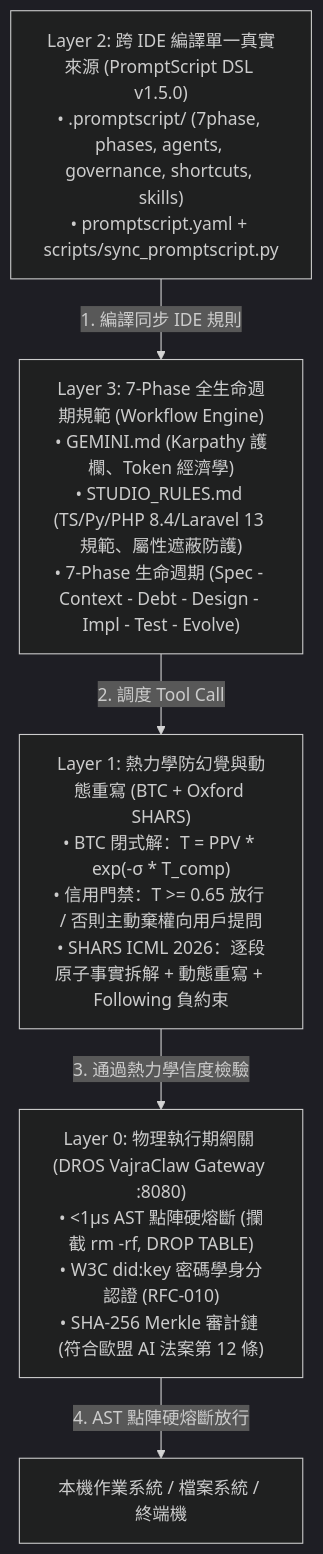
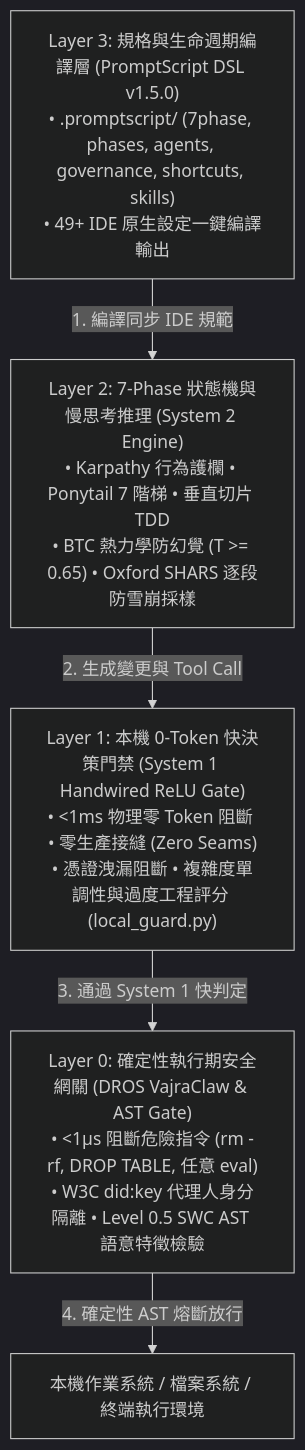
One commit to PingpowerTW/7-Phase-Agentic-Workflow changed the first of 4 diagrams in README.md. Above: the diagram before and after it, drawn with Mermaid (dark theme). The commit also changed other lines of this file and 5 other files, not shown here.

First line of the commit message:
docs(v3.3): overhaul README, PromptScript DSL & governance guidelines

````diff
--- a/README.md
+++ b/README.md
@@ -35,13 +74,13 @@
 ```mermaid
 flowchart TD
-    L2["Layer 2: 跨 IDE 編譯單一真實來源 (PromptScript DSL v1.5.0)<br/>• .promptscript/ (7phase, phases, agents, governance, shortcuts, skills)<br/>• promptscript.yaml + scripts/sync_promptscript.py"]
-    L3["Layer 3: 7-Phase 全生命週期規範 (Workflow Engine)<br/>• GEMINI.md (Karpathy 護欄、Token 經濟學)<br/>• STUDIO_RULES.md (TS/Py/PHP 8.4/Laravel 13 規範、屬性遮蔽防護)<br/>• 7-Phase 生命週期 (Spec - Context - Debt - Design - Impl - Test - Evolve)"]
-    L1["Layer 1: 熱力學防幻覺與動態重寫 (BTC + Oxford SHARS)<br/>• BTC 閉式解：T = PPV * exp(-σ * T_comp)<br/>• 信用門禁：T &gt;= 0.65 放行 / 否則主動棄權向用戶提問<br/>• SHARS ICML 2026：逐段原子事實拆解 + 動態重寫 + Following 負約束"]
-    L0["Layer 0: 物理執行期網關 (DROS VajraClaw Gateway :8080)<br/>• &lt;1μs AST 點陣硬熔斷 (攔截 rm -rf, DROP TABLE)<br/>• W3C did:key 密碼學身分認證 (RFC-010)<br/>• SHA-256 Merkle 審計鏈 (符合歐盟 AI 法案第 12 條)"]
-    OS["本機作業系統 / 檔案系統 / 終端機"]
+    S3["Layer 3: 規格與生命週期編譯層 (PromptScript DSL v1.5.0)<br/>• .promptscript/ (7phase, phases, agents, governance, shortcuts, skills)<br/>• 49+ IDE 原生設定一鍵編譯輸出"]
+    S2["Layer 2: 7-Phase 狀態機與慢思考推理 (System 2 Engine)<br/>• Karpathy 行為護欄 • Ponytail 7 階梯 • 垂直切片 TDD<br/>• BTC 熱力學防幻覺 (T >= 0.65) • Oxford SHARS 逐段防雪崩採樣"]
+    S1["Layer 1: 本機 0-Token 快決策門禁 (System 1 Handwired ReLU Gate)<br/>• &lt;1ms 物理零 Token 阻斷 • 零生產接縫 (Zero Seams)<br/>• 憑證洩漏阻斷 • 複雜度單調性與過度工程評分 (local_guard.py)"]
+    S0["Layer 0: 確定性執行期安全網關 (DROS VajraClaw & AST Gate)<br/>• &lt;1μs 阻斷危險指令 (rm -rf, DROP TABLE, 任意 eval)<br/>• W3C did:key 代理人身分隔離 • Level 0.5 SWC AST 語意特徵檢驗"]
+    OS["本機作業系統 / 檔案系統 / 終端執行環境"]
 
-    L2 -->|"1. 編譯同步 IDE 規則"| L3
-    L3 -->|"2. 調度 Tool Call"| L1
-    L1 -->|"3. 通過熱力學信度檢驗"| L0
-    L0 -->|"4. AST 點陣硬熔斷放行"| OS
+    S3 -->|"1. 編譯同步 IDE 規範"| S2
+    S2 -->|"2. 生成變更與 Tool Call"| S1
+    S1 -->|"3. 通過 System 1 快判定"| S0
+    S0 -->|"4. 確定性 AST 熔斷放行"| OS
 ```
````
